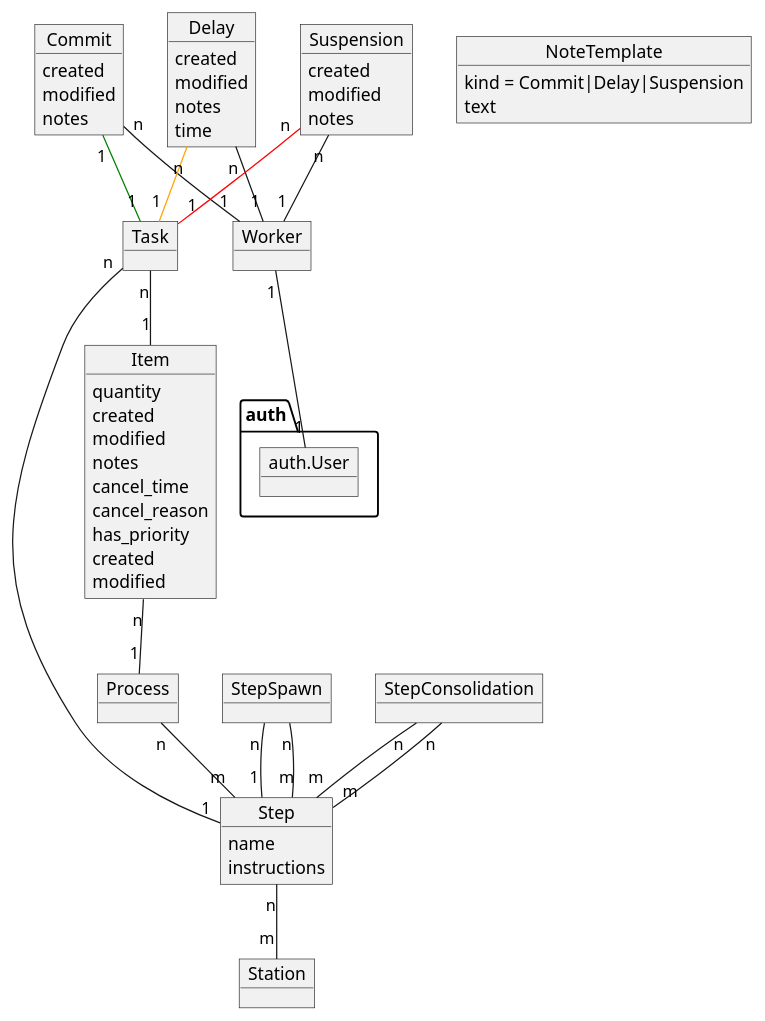
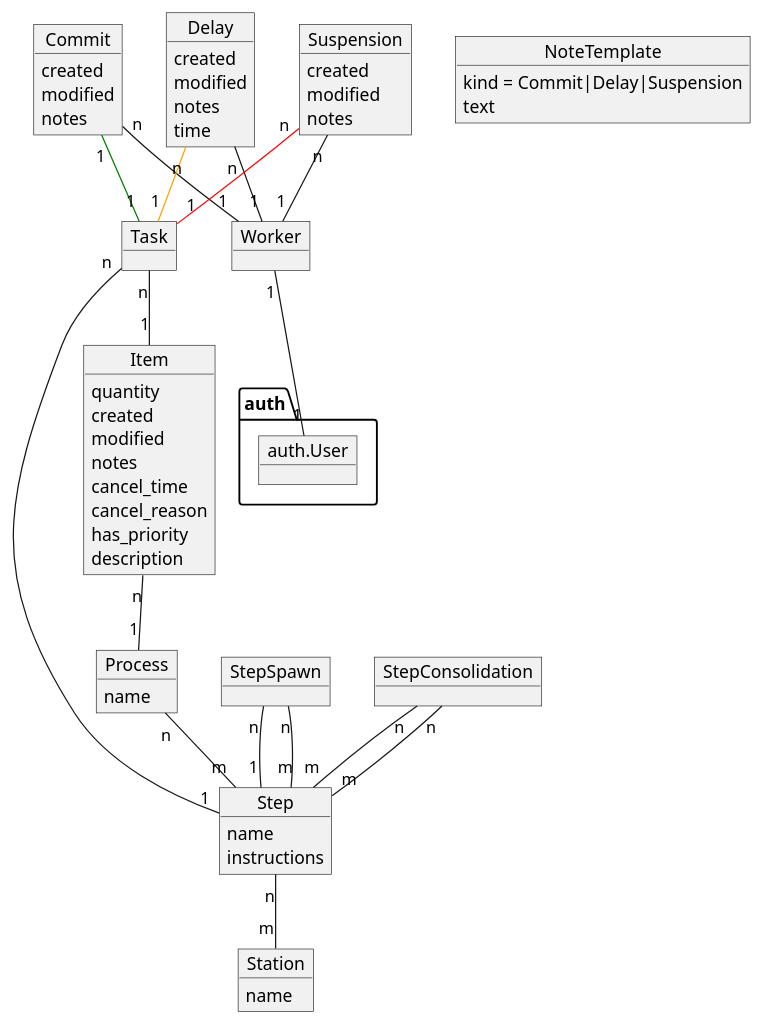
Before and after one commit to iriswm/iris: the diagram in docs/application.plantuml, drawn with PlantUML.

Commit message:
Add missing docs for some fields in the model

```diff
--- a/docs/application.plantuml
+++ b/docs/application.plantuml
@@ -1,180 +1,186 @@
 @startuml
 
 /'
 
 When the workshop receives a new order, each item to be created is stored as a
 `Item` in the Iris site. When more than one item of the same time should be
 created, a desired quantity can be specified.
 
 Items track creation and modification times, can have notes and can be
 canceled.
 
 Items can also have priority over other items.
 
+A description field is also present in the items to add miscellaneous
+information if needed.
+
 '/
 
 object Item
 
 Item : quantity
 Item : created
 Item : modified
 Item : notes
 Item : cancel_time
 Item : cancel_reason
 Item : has_priority
+Item : description
 
 /'
 
 Each item will be handled following a `Process`. Processes will determine the
 set of steps (`Step` objects) needed to complete the item.
+
+Processes have a `name`.
 
 Each step has individual `instructions` and a simple `name`.
 
 When a new item is created, the process is checked and an appropriate set of
 tasks are created (`Task` objects) according to the process initial steps. Each
 of this tasks, when completed, will span extra tasks according to another model
 called `StepSpawn`. Also, some tasks will be spawned when a set of tasks for
 the same item are completed (only when they are all completed). This steps
 depending on sets of steps are kept in the model `StepConsolidation`.
 
 '/
 
 object Process
 
 Item "n" -- "1" Process
+
+Process : name
 
 object Step
 
 Process "n" -- "m" Step
 
 Step : name
 Step : instructions
 
 object Task
 
 Task "n" -- "1" Step
 Task "n" -- "1" Item
 
 object StepSpawn
 object StepConsolidation
 
 StepSpawn "n" -- "1" Step
 StepSpawn "n" -- "m" Step
 StepConsolidation "n" -- "m" Step
 StepConsolidation "n" -- "m" Step
 
 /'
 
 The 'steps' in the models `Step`, `Process`, `StepSpawn` and
 `StepConsolidation` represent trees of tasks needed to consider an order
 fulfilled.
 
 The tasks can be completed by any worker, identified in the model `Worker` and
 connected to an Django `User`. The tasks are marked as completed creating a new
 entry in another model called `Commit`.
 
 Is at this moment when the step tress will be checked to create the new tasks
 if apply.
 
+The commits are timestamped to keep track of the amount of time needed by each
+item in an Order and offer proper estimations and reports. The commits also
+have `notes`.
+
 '/
 
 object Worker
 object auth.User
 
 Worker "1" -- "1" auth.User
 
 object Commit
 
 Commit "1" -[#green]- "1" Task
 Commit "n" -- "1" Worker
 
-/'
-
-The items in `Item` and `Commit` are timestamped to keep track of the amount of
-time needed by each item in an Order and offer proper estimations and reports.
-The commits also have `notes`.
-
-'/
-
-Item : created
-Item : modified
 Commit : created
 Commit : modified
 Commit : notes
 
 /'
 
 The main purpose of the Iris site is to keep a list of station profiles in a
 `Station` model and offer a detail page for each station when the workers in
 the station can see the steps pending item and the information needed for each
 step. The secondary purpose is to help with the estimation of order completion
 times and the tertiary purpose is to offer insights into item efficiency and
 performance.
 
+The stations have a name.
+
 '/
 
 object Station
 
 Step "n" -- "m" Station
+
+Station : name
 
 /'
 
 The interface will be keep as simple as possible and will have utilities to
 ease the interaction using touch screens. A simple way to switch between
 workers profiles or an alternative should be provided. Also, a system for
 adding common notes using a few touches may be helpful.
 
 '/
 
 object NoteTemplate
 NoteTemplate : kind = Commit|Delay|Suspension
 NoteTemplate : text
 
 /'
 
 When a issue happens while working on an task, other models will be used to
 keep track of them:
 
 '/
 
 /'
 
-- The `Delay` model, with a specific time specified to hide the item in the
-  station during that time and a note.
+- The `Delay` model, with a specified time to hide the item in the station,
+  notes and a timestamp.
 
 '/
 
 object Delay
 
 Delay "n" -[#orange]- "1" Task
 Delay "n" -- "1" Worker
 
 Delay : created
 Delay : modified
 Delay : notes
 Delay : time
 
 /'
 
 - The `Suspension` model, for halts in items without time estimations, also
-  with a note.
+  with notes and a timestamp.
 
 '/
 
 object Suspension
 
 Suspension "n" -[#red]- "1" Task
 Suspension "n" -- "1" Worker
 
 Suspension : created
 Suspension : modified
 Suspension : notes
 
 /'
 
 A system of notifications to handle delays or suspensions is also considerably
 useful to have, but in the meantime, an screen to show them should be enough.
 
 '/
 
 @enduml
```
